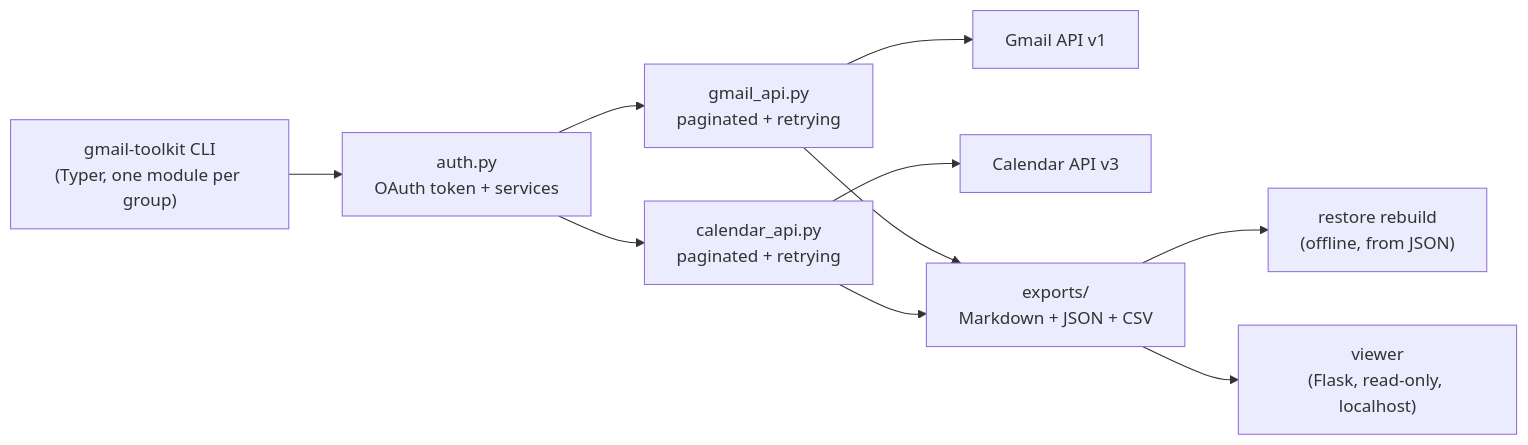
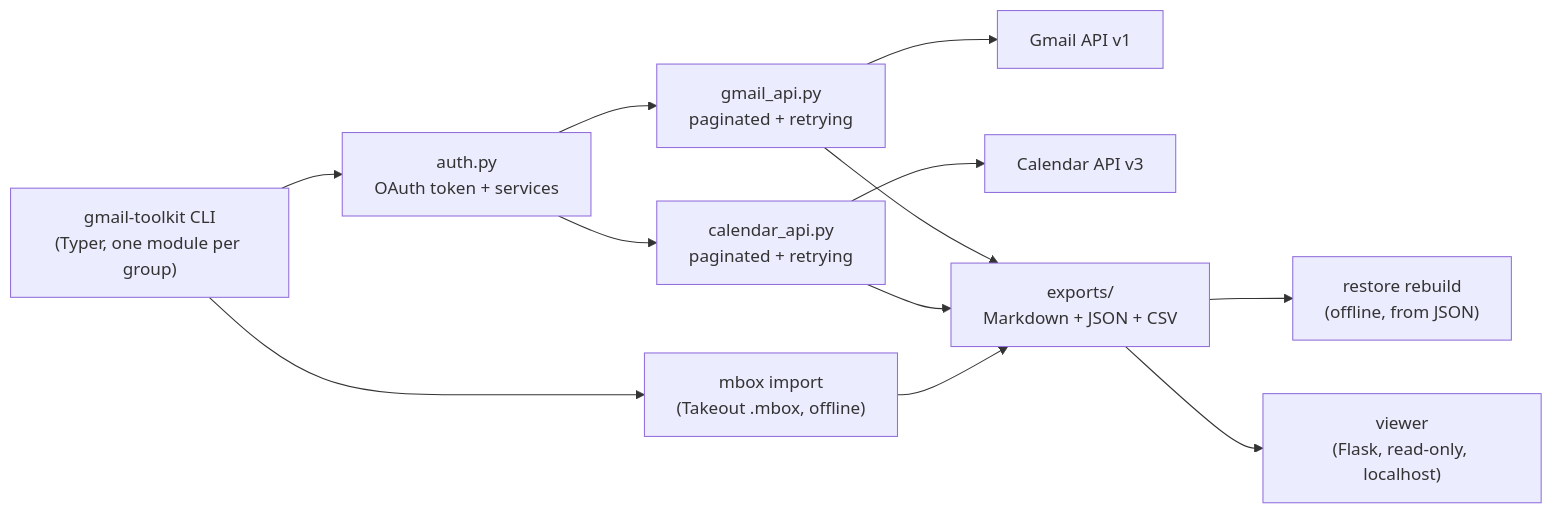
The diagram in README.md (enonymous1/gmail-forensic-toolkit), drawn with Mermaid before and after one commit. The commit also changed other lines of this file and 10 other files, not shown here.

Commit message:
mbox import: Takeout .mbox as forensic reports, offline (2.4.0)

````diff
--- a/README.md
+++ b/README.md
@@ -330,12 +353,14 @@
 ```mermaid
 flowchart LR
     CLI["gmail-toolkit CLI<br/>(Typer, one module per group)"] --> Auth["auth.py<br/>OAuth token + services"]
     Auth --> Gmail["gmail_api.py<br/>paginated + retrying"]
     Auth --> Cal["calendar_api.py<br/>paginated + retrying"]
     Gmail --> GAPI["Gmail API v1"]
     Cal --> CAPI["Calendar API v3"]
     Gmail --> Exports["exports/<br/>Markdown + JSON + CSV"]
     Cal --> Exports
+    CLI --> Mbox["mbox import<br/>(Takeout .mbox, offline)"]
+    Mbox --> Exports
     Exports --> Restore["restore rebuild<br/>(offline, from JSON)"]
     Exports --> Viewer["viewer<br/>(Flask, read-only, localhost)"]
 ```
````
